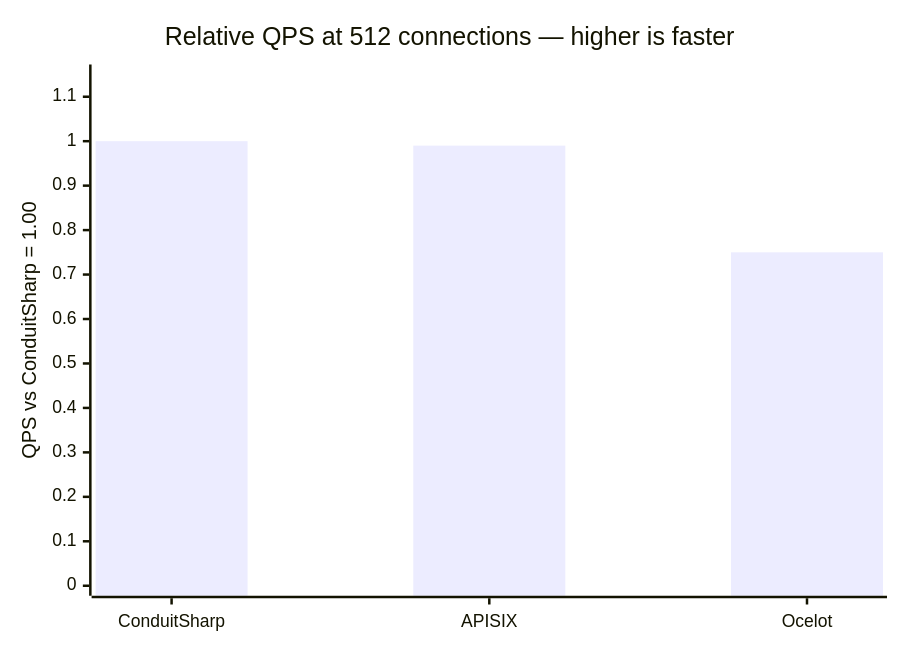
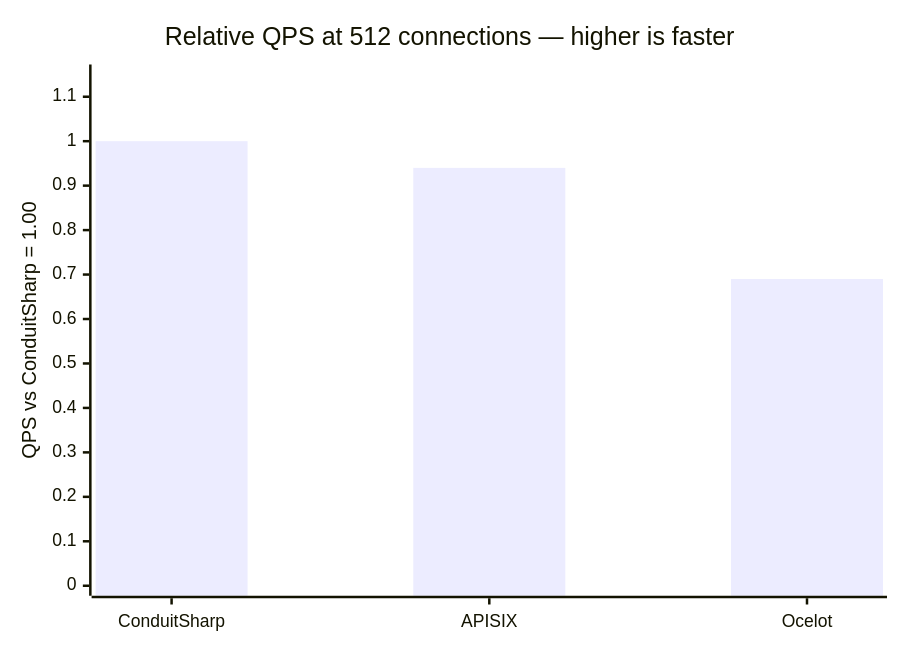
Before and after one commit to liqngliz/ConduitSharp: the second of 8 diagrams in README.md, drawn with Mermaid. The commit also changed other lines of this file and 1 other file, not shown here.

````diff
--- a/README.md
+++ b/README.md
@@ -76,7 +76,7 @@
 ```mermaid
 xychart-beta
     title "Relative QPS at 512 connections — higher is faster"
     x-axis ["ConduitSharp", "APISIX", "Ocelot"]
     y-axis "QPS vs ConduitSharp = 1.00" 0 --> 1.15
-    bar [1.00, 0.99, 0.75]
+    bar [1.00, 0.94, 0.69]
 ```
````
